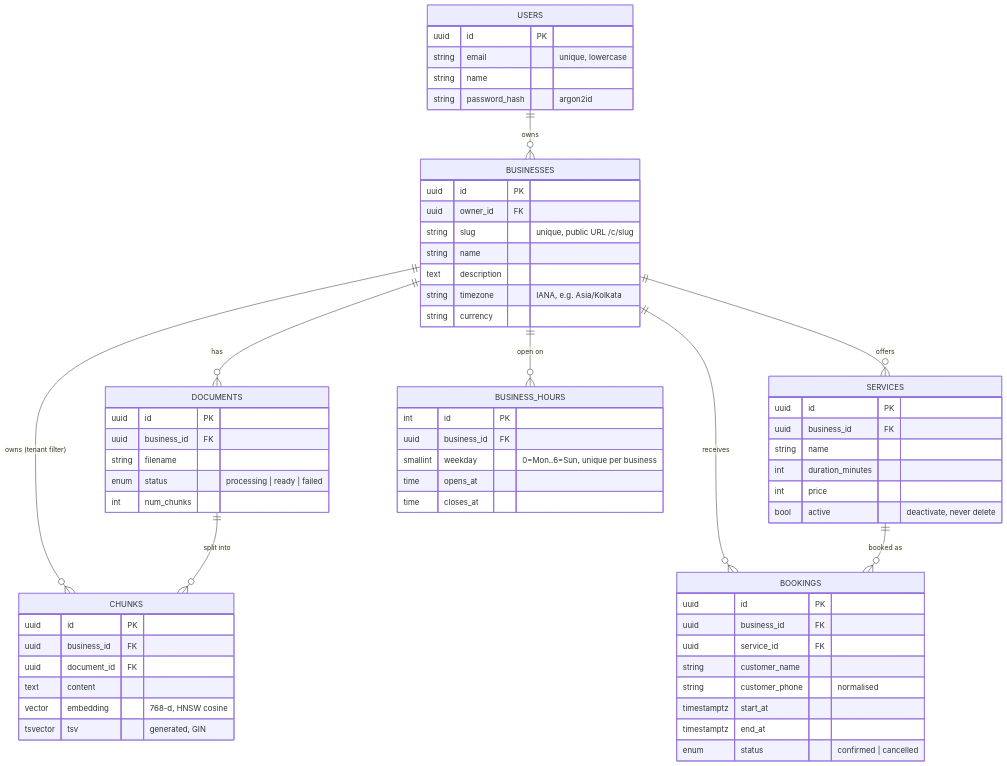
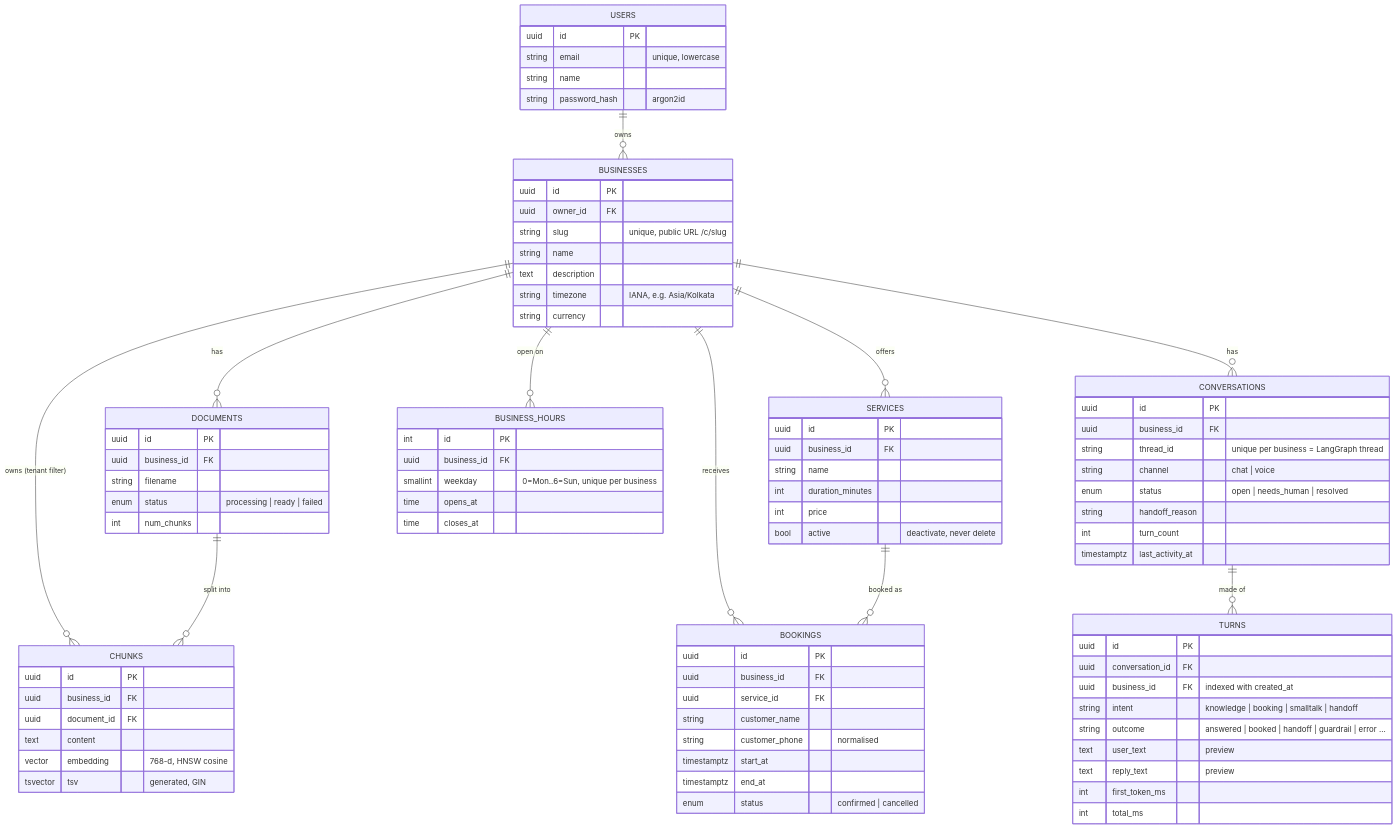
One commit to yash6388/voxdesk changed the tenth of 10 diagrams in docs/ARCHITECTURE.md. Above: the diagram before and after it, drawn with Mermaid. The commit also changed other lines of this file and 36 other files, not shown here.

First line of the commit message:
feat: analytics dashboard, human handoff and inbox

````diff
--- a/docs/ARCHITECTURE.md
+++ b/docs/ARCHITECTURE.md
@@ -322,6 +327,8 @@
     BUSINESSES ||--o{ BUSINESS_HOURS : "open on"
     BUSINESSES ||--o{ BOOKINGS : receives
     SERVICES ||--o{ BOOKINGS : "booked as"
+    BUSINESSES ||--o{ CONVERSATIONS : has
+    CONVERSATIONS ||--o{ TURNS : "made of"
 
     USERS {
         uuid id PK
@@ -378,4 +385,25 @@
         timestamptz end_at
         enum status "confirmed | cancelled"
     }
+    CONVERSATIONS {
+        uuid id PK
+        uuid business_id FK
+        string thread_id "unique per business = LangGraph thread"
+        string channel "chat | voice"
+        enum status "open | needs_human | resolved"
+        string handoff_reason
+        int turn_count
+        timestamptz last_activity_at
+    }
+    TURNS {
+        uuid id PK
+        uuid conversation_id FK
+        uuid business_id FK "indexed with created_at"
+        string intent "knowledge | booking | smalltalk | handoff"
+        string outcome "answered | booked | handoff | guardrail | error ..."
+        text user_text "preview"
+        text reply_text "preview"
+        int first_token_ms
+        int total_ms
+    }
 ```
````
